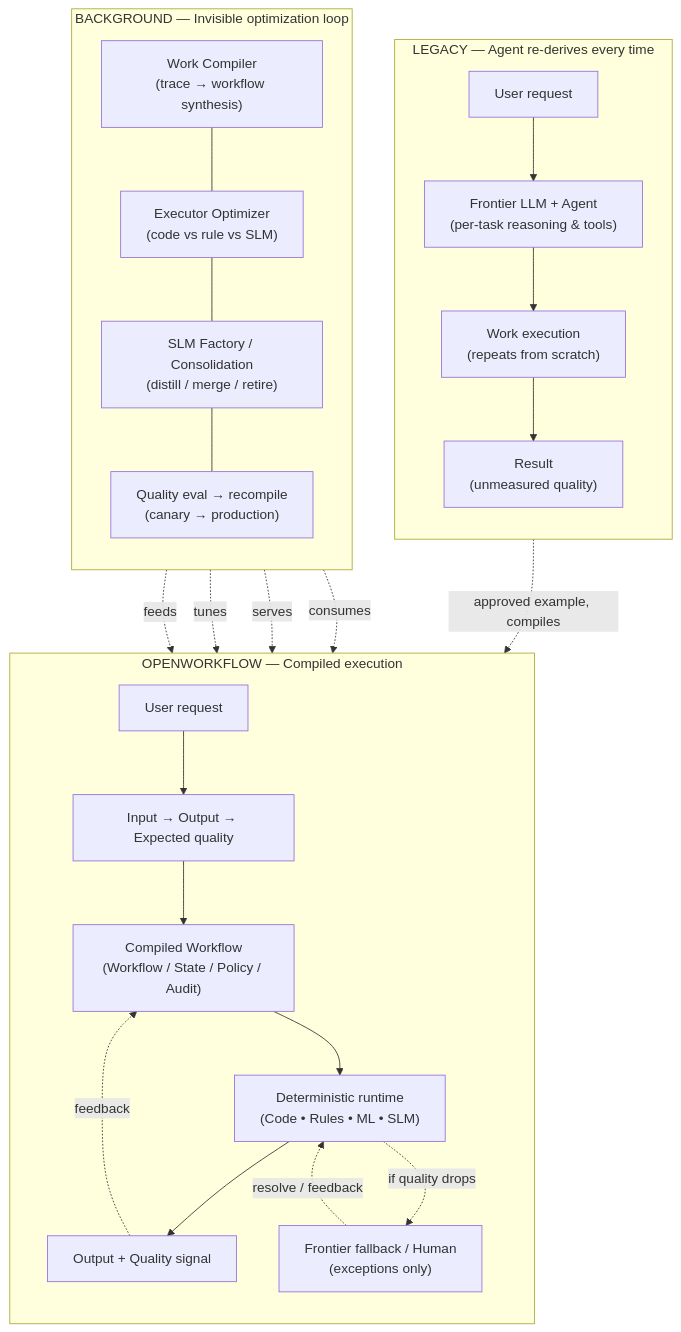
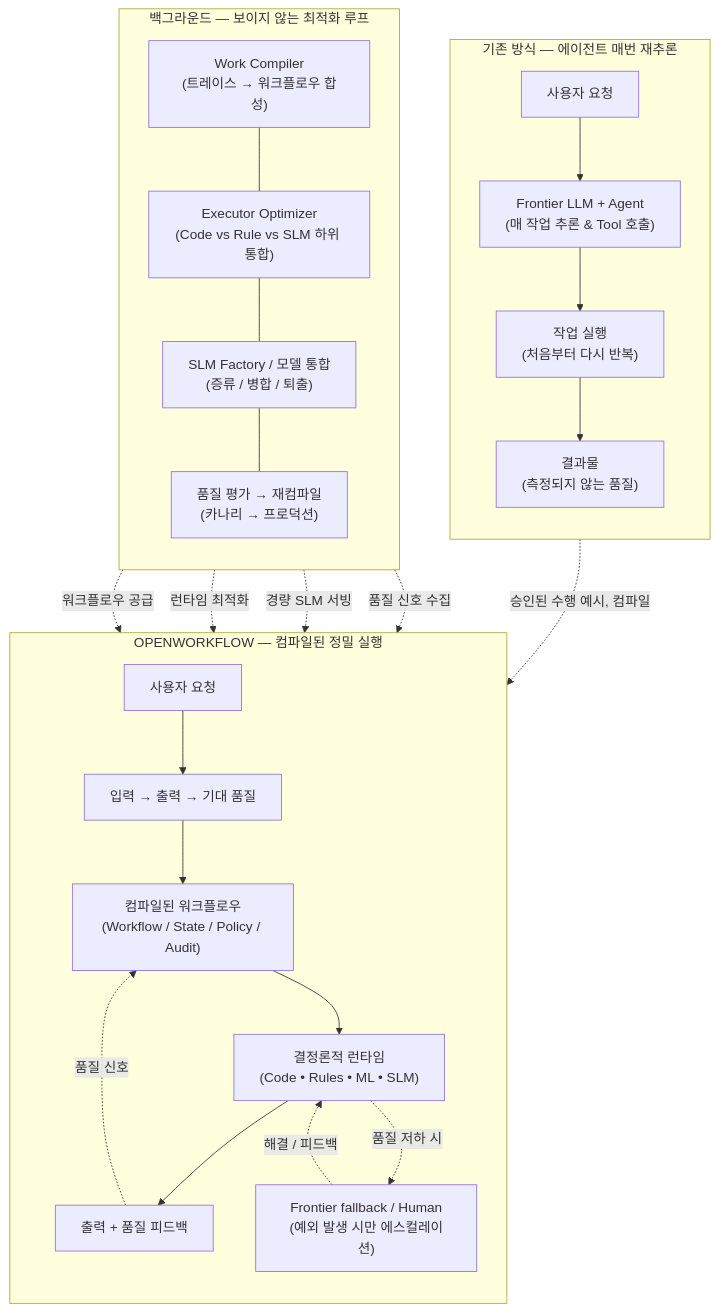
One commit to baryonlabs/workcompiler changed the diagram in README.md. Above: the diagram before and after it, drawn with Mermaid. The commit also changed other lines of this file and 2 other files, not shown here.

````diff
--- a/README.md
+++ b/README.md
@@ -15,40 +17,40 @@
 ```mermaid
 flowchart TB
-    subgraph LEFT["LEGACY — Agent re-derives every time"]
+    subgraph LEFT["기존 방식 — 에이전트 매번 재추론"]
         direction TB
-        L1["User request"]
-        L2["Frontier LLM + Agent<br/>(per-task reasoning & tools)"]
-        L3["Work execution<br/>(repeats from scratch)"]
-        L4["Result<br/>(unmeasured quality)"]
+        L1["사용자 요청"]
+        L2["Frontier LLM + Agent<br/>(매 작업 추론 &amp; Tool 호출)"]
+        L3["작업 실행<br/>(처음부터 다시 반복)"]
+        L4["결과물<br/>(측정되지 않는 품질)"]
         L1 --> L2 --> L3 --> L4
     end
 
-    subgraph RIGHT["OPENWORKFLOW — Compiled execution"]
+    subgraph RIGHT["OPENWORKFLOW — 컴파일된 정밀 실행"]
         direction TB
-        R1["User request"]
-        R2["Input → Output → Expected quality"]
-        R3["Compiled Workflow<br/>(Workflow / State / Policy / Audit)"]
-        R4["Deterministic runtime<br/>(Code • Rules • ML • SLM)"]
-        R5["Frontier fallback / Human<br/>(exceptions only)"]
-        R6["Output + Quality signal"]
+        R1["사용자 요청"]
+        R2["입력 → 출력 → 기대 품질"]
+        R3["컴파일된 워크플로우<br/>(Workflow / State / Policy / Audit)"]
+        R4["결정론적 런타임<br/>(Code • Rules • ML • SLM)"]
+        R5["Frontier fallback / Human<br/>(예외 발생 시만 에스컬레이션)"]
+        R6["출력 + 품질 피드백"]
         R1 --> R2 --> R3 --> R4 --> R6
-        R4 -. "if quality drops" .-> R5
-        R5 -. "resolve / feedback" .-> R4
-        R6 -. "feedback" .-> R3
+        R4 -. "품질 저하 시" .-> R5
+        R5 -. "해결 / 피드백" .-> R4
+        R6 -. "품질 신호" .-> R3
     end
 
-    subgraph BG["BACKGROUND — Invisible optimization loop"]
+    subgraph BG["백그라운드 — 보이지 않는 최적화 루프"]
         direction TB
-        B1["Work Compiler<br/>(trace → workflow synthesis)"]
-        B2["Executor Optimizer<br/>(code vs rule vs SLM)"]
-        B3["SLM Factory / Consolidation<br/>(distill / merge / retire)"]
-        B4["Quality eval → recompile<br/>(canary → production)"]
+        B1["Work Compiler<br/>(트레이스 → 워크플로우 합성)"]
+        B2["Executor Optimizer<br/>(Code vs Rule vs SLM 하위 통합)"]
+        B3["SLM Factory / 모델 통합<br/>(증류 / 병합 / 퇴출)"]
+        B4["품질 평가 → 재컴파일<br/>(카나리 → 프로덕션)"]
         B1 --- B2 --- B3 --- B4
     end
 
-    L4 -. "approved example, compiles" .-> R3
-    B1 -. "feeds" .-> R3
-    B2 -. "tunes" .-> R4
-    B3 -. "serves" .-> R4
-    B4 -. "consumes" .-> R6
+    L4 -. "승인된 수행 예시, 컴파일" .-> R3
+    B1 -. "워크플로우 공급" .-> R3
+    B2 -. "런타임 최적화" .-> R4
+    B3 -. "경량 SLM 서빙" .-> R4
+    B4 -. "품질 신호 수집" .-> R6
 ```
````
